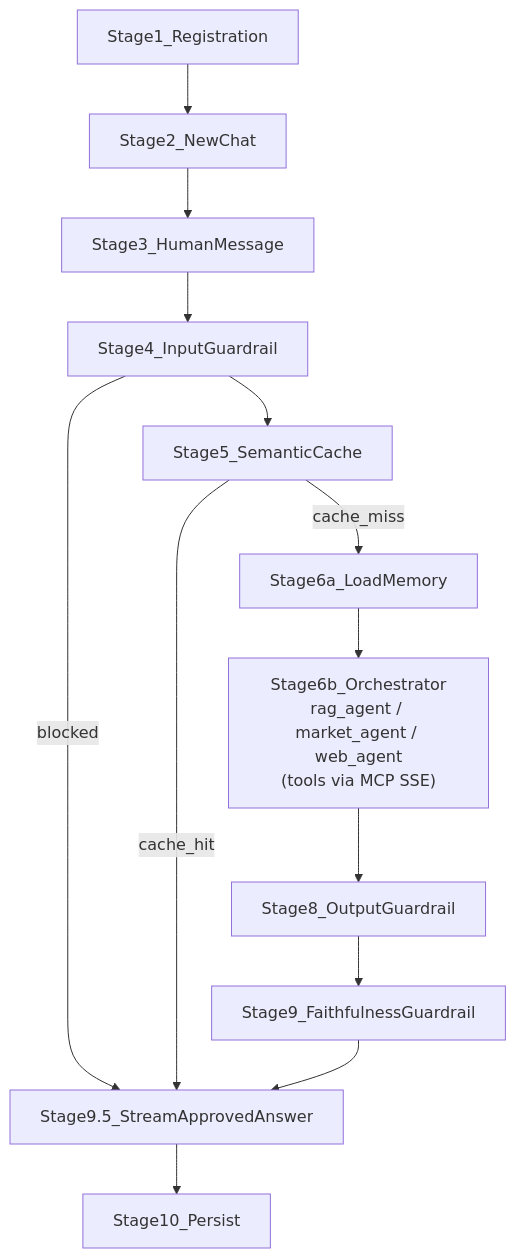
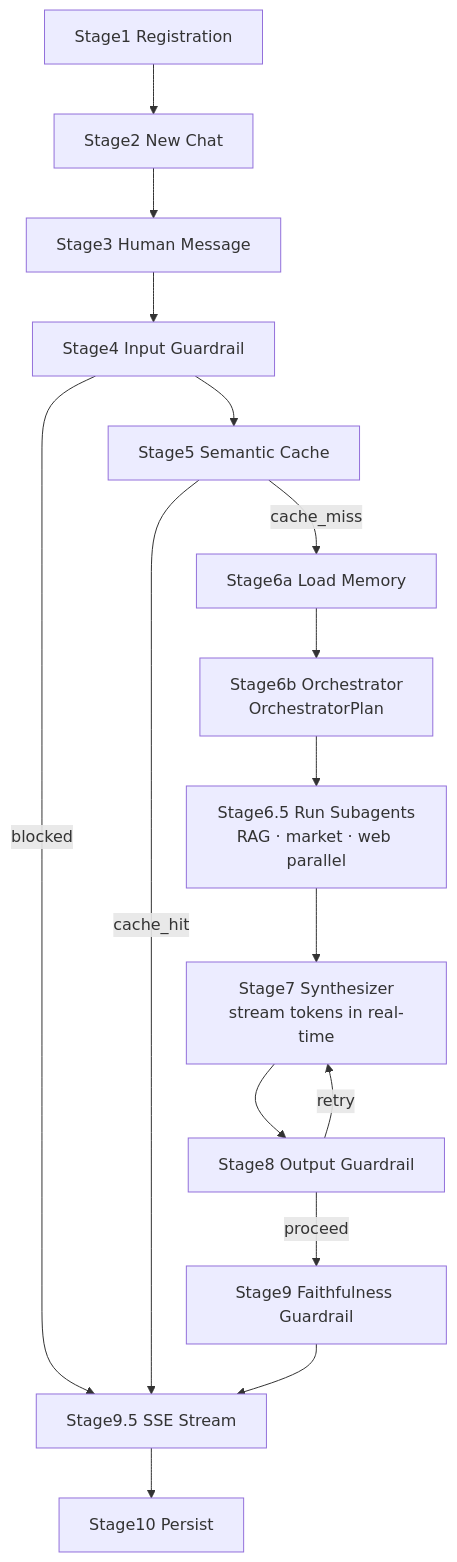
Before and after one commit to BeketML/ZimShire: the diagram in docs/assistant_flow.md, drawn with Mermaid. The commit also changed other lines of this file and 3 other files, not shown here.

````diff
--- a/docs/assistant_flow.md
+++ b/docs/assistant_flow.md
@@ -21,22 +21,26 @@
 ```mermaid
 flowchart TD
-    reg[Stage1_Registration]
-    chat[Stage2_NewChat]
-    human[Stage3_HumanMessage]
-    inputG[Stage4_InputGuardrail]
-    semCache[Stage5_SemanticCache]
-    mem[Stage6a_LoadMemory]
-    orch["Stage6b_Orchestrator\nrag_agent / market_agent / web_agent\n(tools via MCP SSE)"]
-    outG[Stage8_OutputGuardrail]
-    faithG[Stage9_FaithfulnessGuardrail]
-    stream95[Stage9.5_StreamApprovedAnswer]
-    persist[Stage10_Persist]
+    reg[Stage1 Registration]
+    chat[Stage2 New Chat]
+    human[Stage3 Human Message]
+    inputG[Stage4 Input Guardrail]
+    semCache[Stage5 Semantic Cache]
+    mem[Stage6a Load Memory]
+    orch[Stage6b Orchestrator\nOrchestratorPlan]
+    subs[Stage6.5 Run Subagents\nRAG · market · web parallel]
+    synth[Stage7 Synthesizer\nstream tokens in real-time]
+    outG[Stage8 Output Guardrail]
+    faithG[Stage9 Faithfulness Guardrail]
+    stream[Stage9.5 SSE Stream]
+    persist[Stage10 Persist]
 
     reg --> chat --> human --> inputG
-    inputG -->|blocked| stream95
+    inputG -->|blocked| stream
     inputG --> semCache
-    semCache -->|cache_hit| stream95
+    semCache -->|cache_hit| stream
     semCache -->|cache_miss| mem
-    mem --> orch
-    orch --> outG --> faithG --> stream95 --> persist
+    mem --> orch --> subs --> synth --> outG
+    outG -->|retry| synth
+    outG -->|proceed| faithG
+    faithG --> stream --> persist
 ```
````
